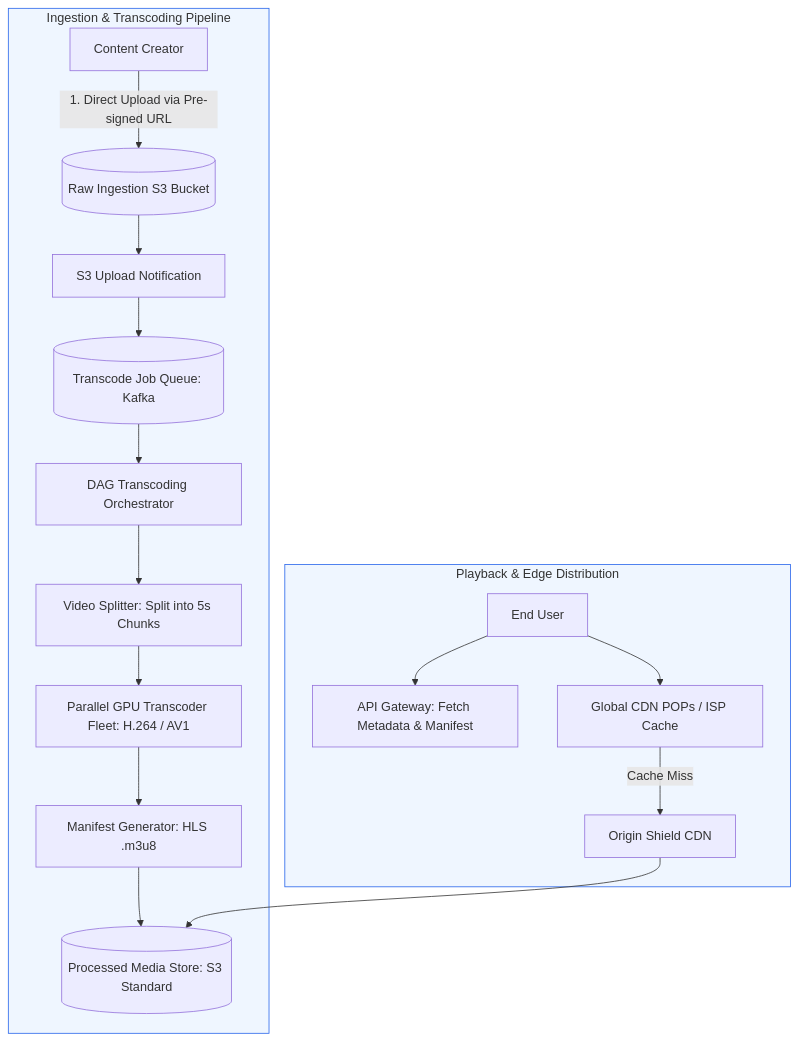
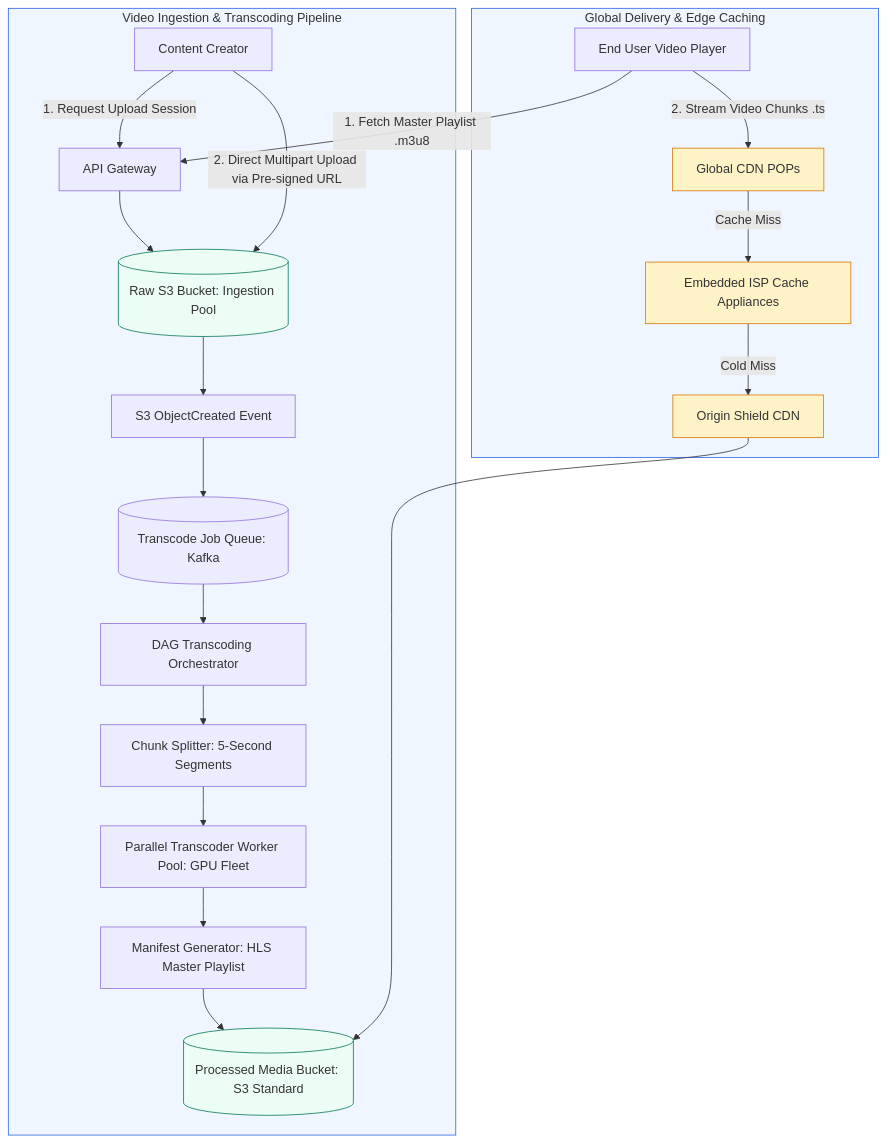
Before and after one commit to kvai9826/system-design-for-program-managers: the second of 4 diagrams in 05-real-world-case-studies/03-video-streaming-platform.md, drawn with Mermaid. The commit also changed other lines of this file and 30 other files, not shown here.

````diff
--- a/05-real-world-case-studies/03-video-streaming-platform.md
+++ b/05-real-world-case-studies/03-video-streaming-platform.md
@@ -38,25 +84,30 @@
 ```mermaid
 flowchart TD
-    subgraph UploadPipeline [Ingestion & Transcoding Pipeline]
-        Creator[Content Creator] -->|1. Direct Upload via Pre-signed URL| S3Raw[(Raw Ingestion S3 Bucket)]
-        S3Raw --> UploadEvent[S3 Upload Notification]
-        UploadEvent --> QueueTranscode[(Transcode Job Queue: Kafka)]
-        QueueTranscode --> DAGMaster[DAG Transcoding Orchestrator]
-        DAGMaster --> WorkerChunk[Video Splitter: Split into 5s Chunks]
-        WorkerChunk --> TranscodeWorkers[Parallel GPU Transcoder Fleet: H.264 / AV1]
-        TranscodeWorkers --> ManifestGen[Manifest Generator: HLS .m3u8]
-        ManifestGen --> S3Processed[(Processed Media Store: S3 Standard)]
+    subgraph UploadPipeline [Video Ingestion & Transcoding Pipeline]
+        Creator[Content Creator] -->|1. Request Upload Session| API[API Gateway]
+        API --> S3Raw[(Raw S3 Bucket: Ingestion Pool)]
+        Creator -->|2. Direct Multipart Upload via Pre-signed URL| S3Raw
+        S3Raw --> S3Event[S3 ObjectCreated Event]
+        S3Event --> TranscodeQueue[(Transcode Job Queue: Kafka)]
+        TranscodeQueue --> DAGOrch[DAG Transcoding Orchestrator]
+        DAGOrch --> Splitter[Chunk Splitter: 5-Second Segments]
+        Splitter --> WorkerPool[Parallel Transcoder Worker Pool: GPU Fleet]
+        WorkerPool --> ManifestGen[Manifest Generator: HLS Master Playlist]
+        ManifestGen --> S3Processed[(Processed Media Bucket: S3 Standard)]
     end
 
-    subgraph PlaybackPipeline [Playback & Edge Distribution]
-        Viewer[End User] --> WebApp[API Gateway: Fetch Metadata & Manifest]
-        Viewer --> CDNEdge[Global CDN POPs / ISP Cache]
-        CDNEdge -->|Cache Miss| OriginShield[Origin Shield CDN]
+    subgraph PlaybackTier [Global Delivery & Edge Caching]
+        Viewer[End User Video Player] -->|1. Fetch Master Playlist .m3u8| API
+        Viewer -->|2. Stream Video Chunks .ts| EdgeCDN[Global CDN POPs]
+        EdgeCDN -->|Cache Miss| OpenConnect[Embedded ISP Cache Appliances]
+        OpenConnect -->|Cold Miss| OriginShield[Origin Shield CDN]
         OriginShield --> S3Processed
     end
 
-    classDef sStyle fill:#eff6ff,stroke:#2563eb,stroke-width:1px;
-    class DefStore fill:#ecfdf5,stroke:#047857,stroke-width:1px;
-    class UploadPipeline,PlaybackPipeline sStyle;
-    class S3Raw,S3Processed DefStore;
+    classDef pipeStyle fill:#eff6ff,stroke:#2563eb,stroke-width:1px;
+    classDef storeStyle fill:#ecfdf5,stroke:#047857,stroke-width:1px;
+    classDef edgeStyle fill:#fef3c7,stroke:#d97706,stroke-width:1px;
+    class UploadPipeline,PlaybackTier pipeStyle;
+    class S3Raw,S3Processed storeStyle;
+    class EdgeCDN,OpenConnect,OriginShield edgeStyle;
 ```
````
